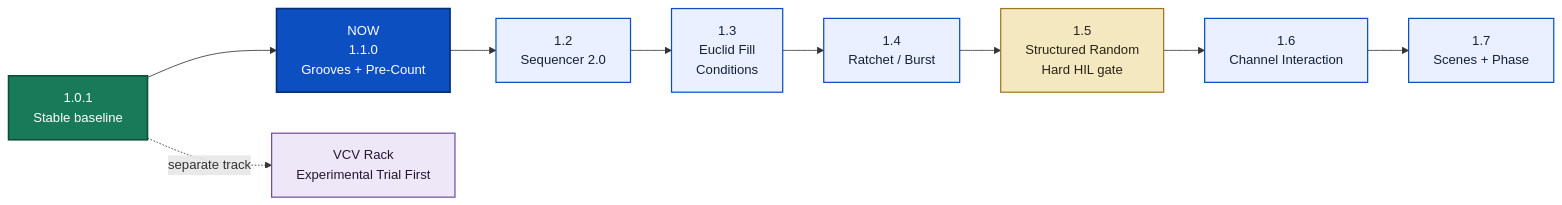
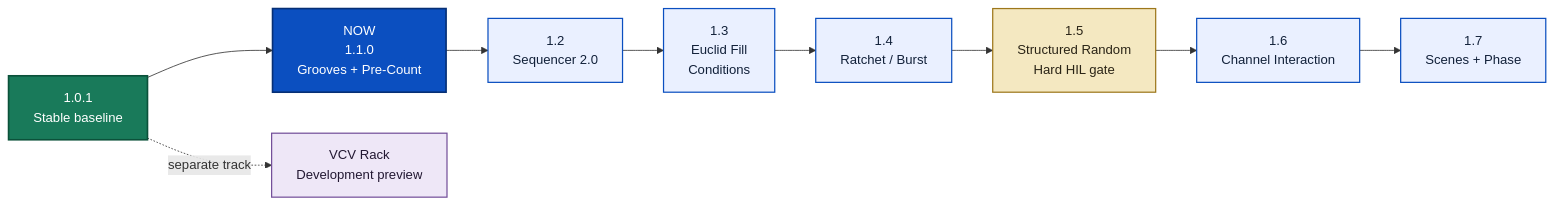
One commit to napolitano/eurorack-clock-firmware changed the diagram in README.md. Above: the diagram before and after it, drawn with Mermaid. The commit also changed other lines of this file and 25 other files, not shown here.

````diff
--- a/README.md
+++ b/README.md
@@ -74,17 +74,17 @@
 ```mermaid
 flowchart LR
     V1["1.0.1<br/>Stable baseline"] --> G["NOW<br/>1.1.0<br/>Grooves + Pre-Count"] --> S["1.2<br/>Sequencer 2.0"] --> E["1.3<br/>Euclid Fill<br/>Conditions"] --> R["1.4<br/>Ratchet / Burst"] --> N["1.5<br/>Structured Random<br/>Hard HIL gate"] --> I["1.6<br/>Channel Interaction"] --> P["1.7<br/>Scenes + Phase"]
-    V1 -. separate track .-> VCV["VCV Rack<br/>Experimental Trial First"]
+    V1 -. separate track .-> VCV["VCV Rack<br/>Development preview"]
 
     classDef current fill:#0B4FC0,color:#ffffff,stroke:#062F75,stroke-width:2px;
     classDef stable fill:#197A5A,color:#ffffff,stroke:#0B513A,stroke-width:2px;
     classDef planned fill:#EAF0FF,color:#12213A,stroke:#0B4FC0,stroke-width:1.5px;
     classDef gate fill:#F4E8C1,color:#2A2416,stroke:#9D771B,stroke-width:1.5px;
     classDef virtual fill:#EEE7F7,color:#221832,stroke:#74509A,stroke-width:1.5px;
 
     class V1 stable;
     class G current;
     class S,E,R,I,P planned;
     class N gate;
     class VCV virtual;
 ```
````
